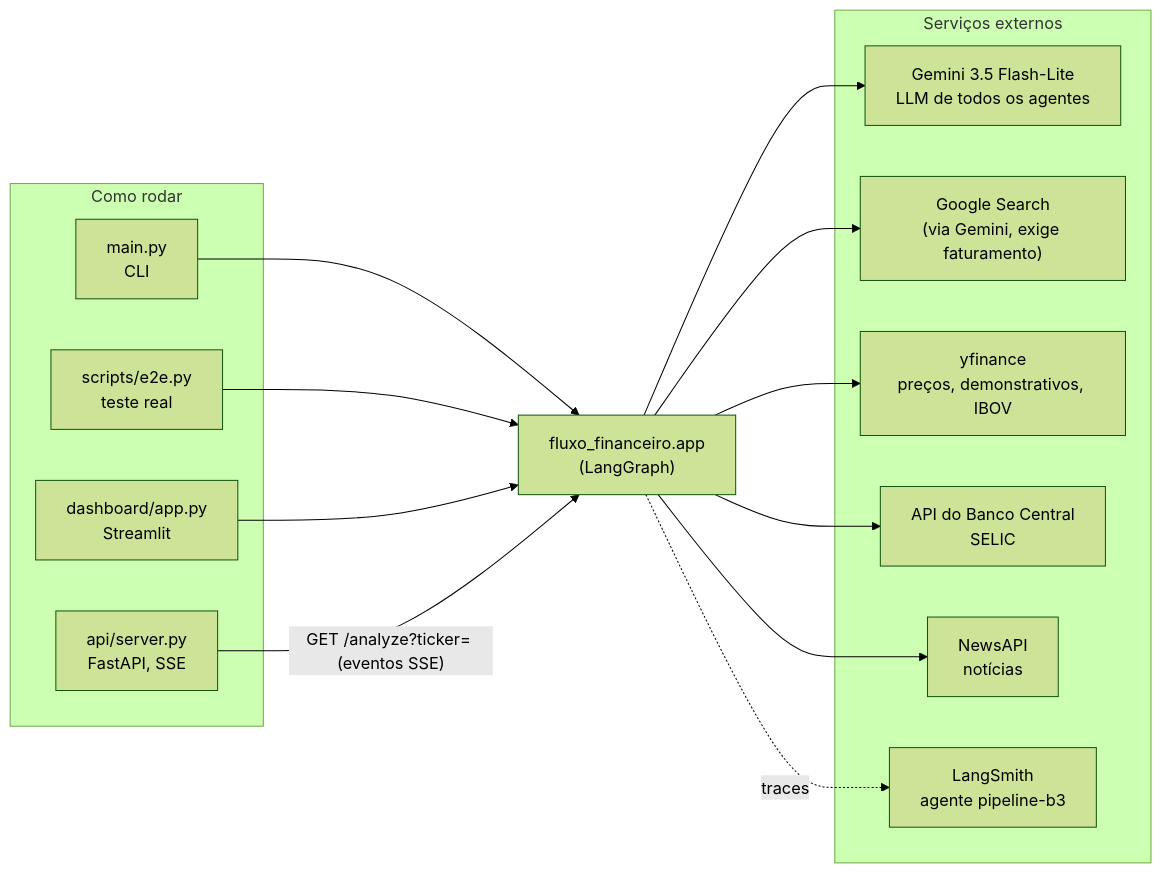
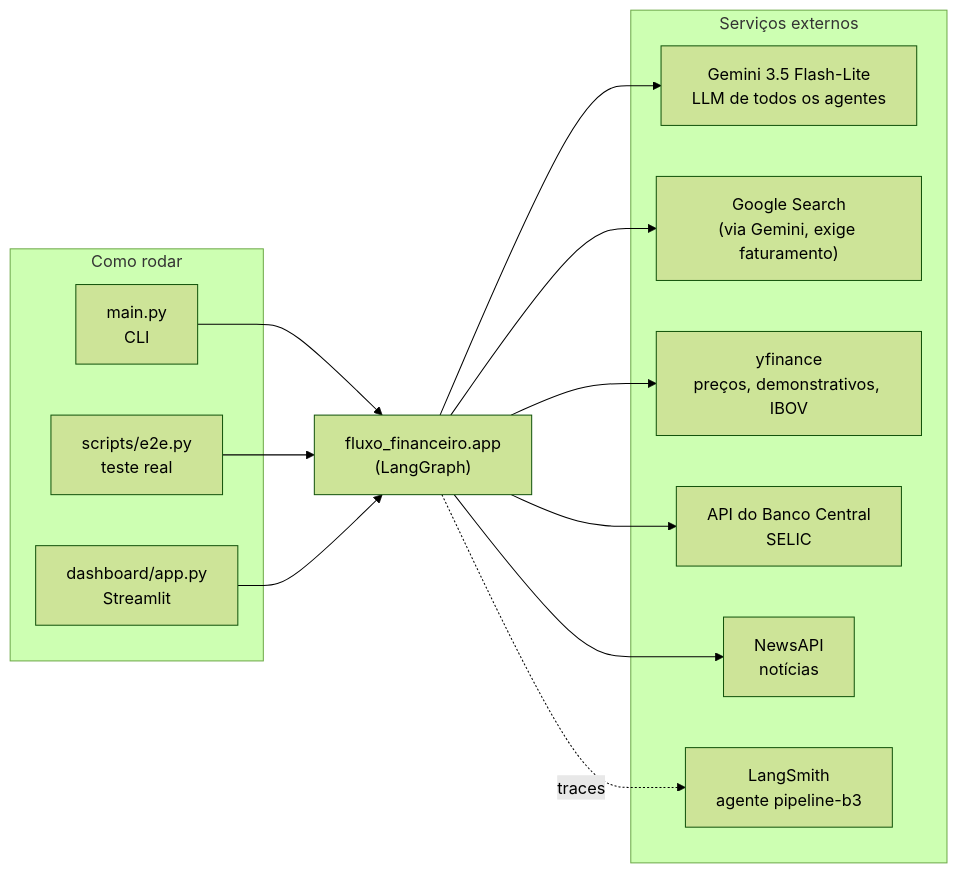
The fifth of 5 diagrams in docs/arquitetura.md (igorc22/pipeline-inteligencia-financeira-b3), drawn with Mermaid (forest theme) before and after one commit. The commit also changed other lines of this file and 10 other files, not shown here.

````diff
--- a/docs/arquitetura.md
+++ b/docs/arquitetura.md
@@ -187,32 +187,30 @@
 ```mermaid
 flowchart LR
     subgraph entrada["Como rodar"]
         CLI["main.py<br/>CLI"]
-        API["api/server.py<br/>FastAPI, SSE"]
         DASH["dashboard/app.py<br/>Streamlit"]
         E2E["scripts/e2e.py<br/>teste real"]
     end
 
     APP["fluxo_financeiro.app<br/>(LangGraph)"]
 
     subgraph externos["Serviços externos"]
         GEM["Gemini 3.5 Flash-Lite<br/>LLM de todos os agentes"]
         GS["Google Search<br/>(via Gemini, exige faturamento)"]
         YF["yfinance<br/>preços, demonstrativos, IBOV"]
         BCB["API do Banco Central<br/>SELIC"]
         NAPI["NewsAPI<br/>notícias"]
         LS["LangSmith<br/>agente pipeline-b3"]
     end
 
     CLI --> APP
     E2E --> APP
     DASH --> APP
-    API -->|"GET /analyze?ticker= (eventos SSE)"| APP
 
     APP --> GEM
     APP --> GS
     APP --> YF
     APP --> BCB
     APP --> NAPI
     APP -.->|"traces"| LS
 ```
````
